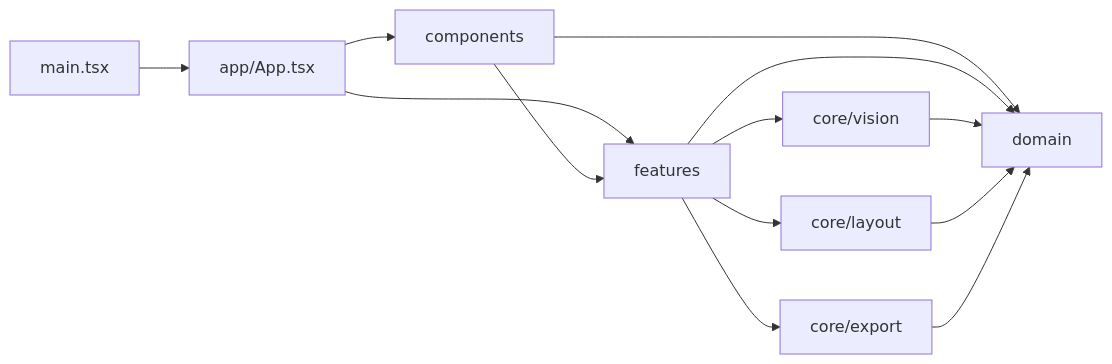
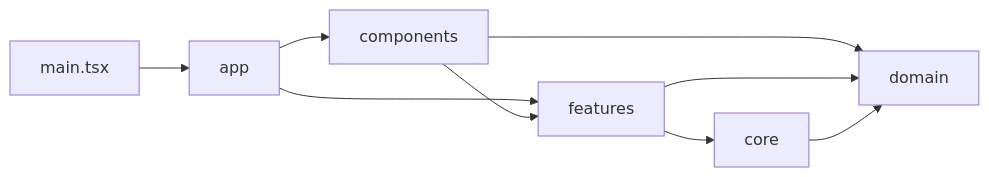
One commit to invoidstar/pattern-layout-studio changed the diagram in docs/ARCHITECTURE.md. Above: the diagram before and after it, drawn with Mermaid. The commit also changed other lines of this file and 7 other files, not shown here.

````diff
--- a/docs/ARCHITECTURE.md
+++ b/docs/ARCHITECTURE.md
@@ -59,15 +50,11 @@
 ```mermaid
 flowchart LR
-    Main[main.tsx] --> App[app/App.tsx]
+    Entry[main.tsx] --> App[app]
     App --> UI[components]
     App --> Features[features]
     UI --> Features
+    Features --> Core[core]
     UI --> Domain[domain]
-    Features --> Vision[core/vision]
-    Features --> Layout[core/layout]
-    Features --> Export[core/export]
     Features --> Domain
-    Vision --> Domain
-    Layout --> Domain
-    Export --> Domain
+    Core --> Domain
 ```
````
